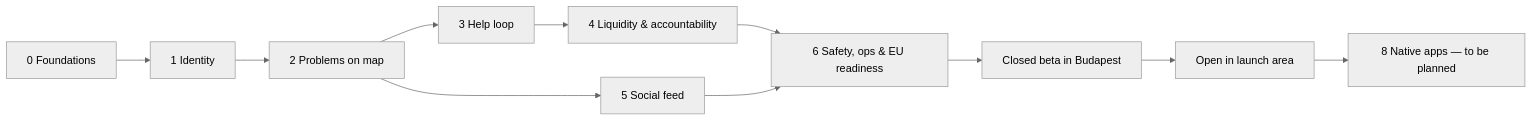
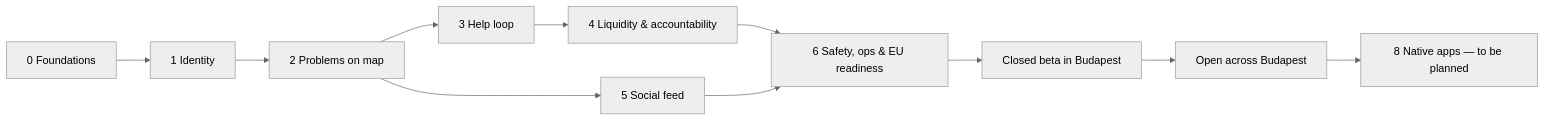
Before and after one commit to thedeepakreddy/HelpIN: the diagram in docs/04-mvp-roadmap.md, drawn with Mermaid (neutral theme). The commit also changed other lines of this file and 7 other files, not shown here.

````diff
--- a/docs/04-mvp-roadmap.md
+++ b/docs/04-mvp-roadmap.md
@@ -179,13 +184,13 @@
 ```mermaid
 flowchart LR
   P0[0 Foundations] --> P1[1 Identity]
   P1 --> P2[2 Problems on map]
   P2 --> P3[3 Help loop]
   P3 --> P4[4 Liquidity & accountability]
   P2 --> P5[5 Social feed]
   P4 --> P6[6 Safety, ops & EU readiness]
   P5 --> P6
   P6 --> B[Closed beta in Budapest]
-  B --> L[Open in launch area]
+  B --> L[Open across Budapest]
   L --> P8[8 Native apps — to be planned]
 ```
````
